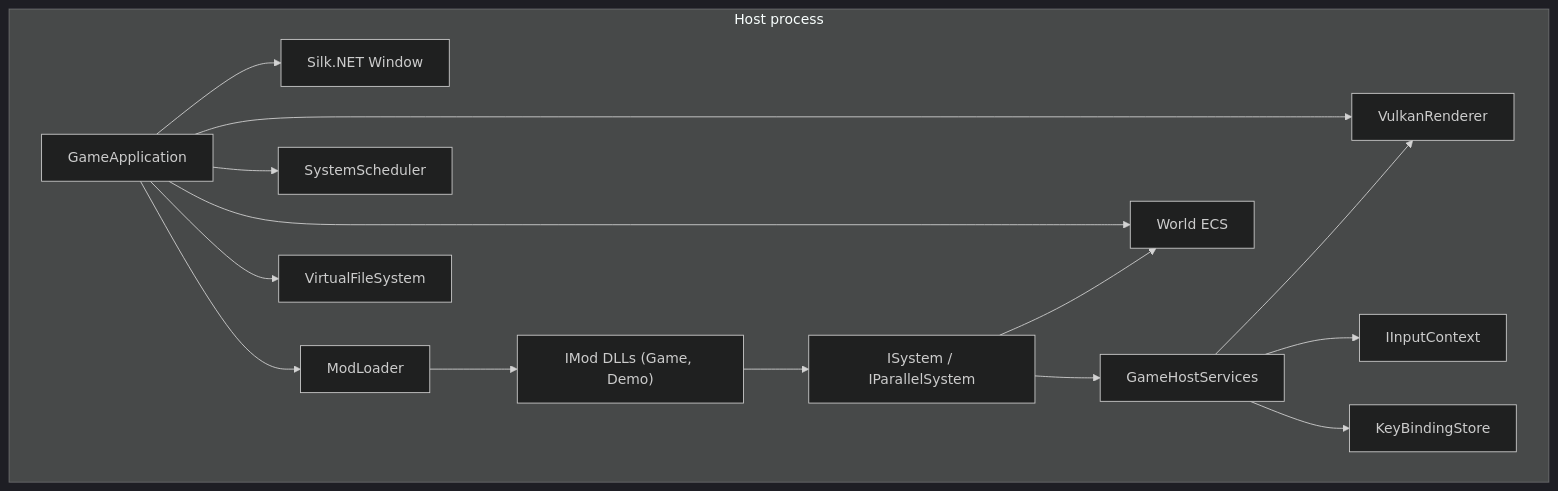
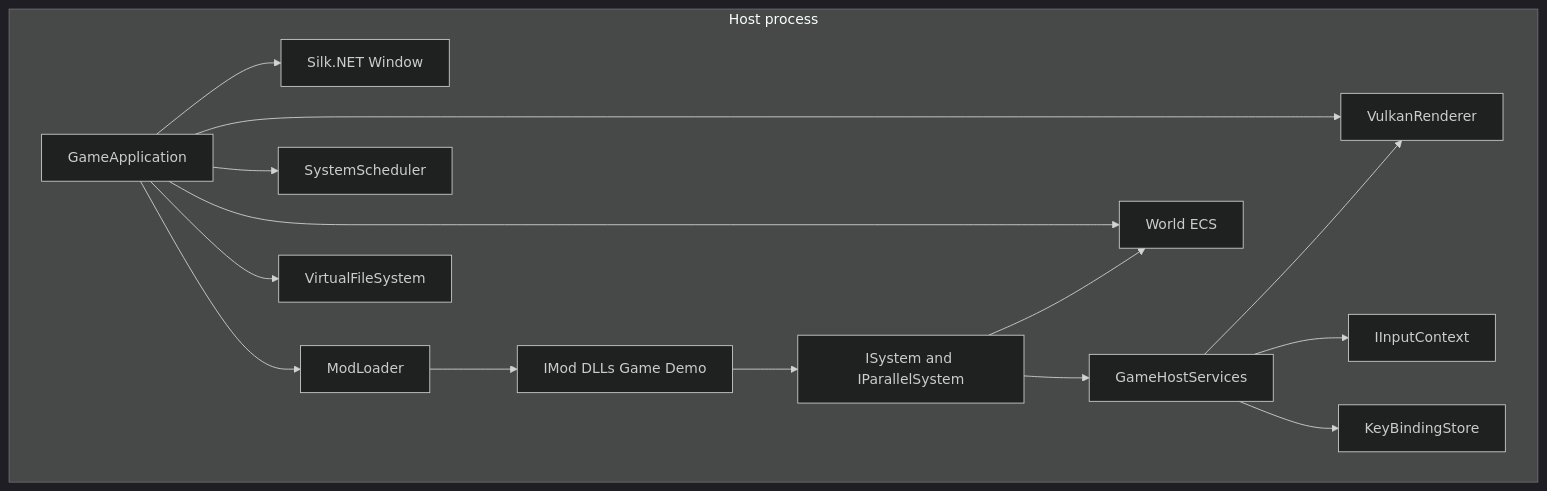
One commit to wallacet/Cyberland changed the diagram in README.md. Above: the diagram before and after it, drawn with Mermaid (dark theme). The commit also changed 1 other file, not shown here.

Commit message:
Fixed the high-level architecture diagram and added rules so the AI agent stops breaking it.

````diff
--- a/README.md
+++ b/README.md
@@ -203,20 +203,20 @@
 ```mermaid
 flowchart TB
-    subgraph Host["Host process"]
-        GA[GameApplication]
-        GA --> Window["Silk.NET Window"]
-        GA --> VK[VulkanRenderer]
-        GA --> Sched[SystemScheduler]
-        GA --> World["World ECS"]
-        GA --> VFS[VirtualFileSystem]
-        ML[ModLoader]
-        GA --> ML
-        ML --> ModDll["IMod DLLs (Game, Demo)"]
-        ModDll --> Systems["ISystem / IParallelSystem"]
-        Systems --> World
-        Systems --> HostSvc[GameHostServices]
-        HostSvc --> VK
-        HostSvc --> Input[IInputContext]
-        HostSvc --> Keys[KeyBindingStore]
-    end
+  subgraph HP["Host process"]
+    GA["GameApplication"]
+    GA --> WIN["Silk.NET Window"]
+    GA --> VK["VulkanRenderer"]
+    GA --> SCHED["SystemScheduler"]
+    GA --> ECS["World ECS"]
+    GA --> VFS["VirtualFileSystem"]
+    ML["ModLoader"]
+    GA --> ML
+    ML --> MODS["IMod DLLs Game Demo"]
+    MODS --> SYS["ISystem and IParallelSystem"]
+    SYS --> ECS
+    SYS --> SVC["GameHostServices"]
+    SVC --> VK
+    SVC --> INP["IInputContext"]
+    SVC --> KEYS["KeyBindingStore"]
+  end
 ```
````
